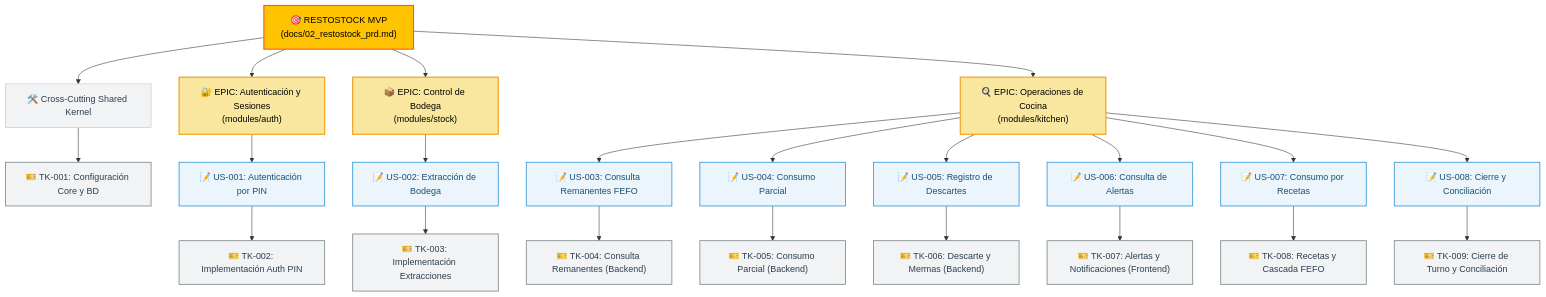
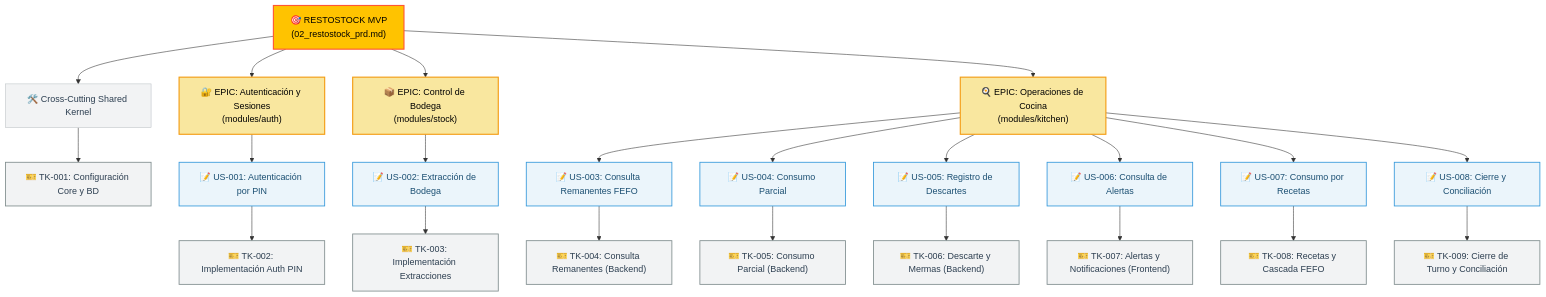
The diagram in docs/backlog_map.md (LIDR-academy/AI4Devs-finalproject), drawn with Mermaid before and after one commit. The commit also changed 23 other files, not shown here.

````diff
--- a/docs/backlog_map.md
+++ b/docs/backlog_map.md
@@ -9,74 +9,74 @@
 ```mermaid
 graph TD
     %% Nodos Principales (Roadmap & Epics)
-    Roadmap["🎯 RESTOSTOCK MVP<br/>(docs/02_restostock_prd.md)"]
+    Roadmap["🎯 RESTOSTOCK MVP<br/>(02_restostock_prd.md)"]
     
     EpicAuth["🔐 EPIC: Autenticación y Sesiones<br/>(modules/auth)"]
     EpicStock["📦 EPIC: Control de Bodega<br/>(modules/stock)"]
     EpicKitchen["🍳 EPIC: Operaciones de Cocina<br/>(modules/kitchen)"]
     EpicShared["🛠️ Cross-Cutting Shared Kernel"]
 
     %% Relaciones de Roadmap a Epics
     Roadmap --> EpicAuth
     Roadmap --> EpicStock
     Roadmap --> EpicKitchen
     Roadmap --> EpicShared
 
     %% Habilitador Técnico Base
     TK001["🎫 TK-001: Configuración Core y BD"]
     EpicShared --> TK001
 
     %% Epic Auth -> US -> TK
     US001["📝 US-001: Autenticación por PIN"]
     TK002["🎫 TK-002: Implementación Auth PIN"]
     EpicAuth --> US001
     US001 --> TK002
 
     %% Epic Stock -> US -> TK
     US002["📝 US-002: Extracción de Bodega"]
     TK003["🎫 TK-003: Implementación Extracciones"]
     EpicStock --> US002
     US002 --> TK003
 
     %% Epic Kitchen -> US -> TK
     US003["📝 US-003: Consulta Remanentes FEFO"]
     US004["📝 US-004: Consumo Parcial"]
     US005["📝 US-005: Registro de Descartes"]
     US006["📝 US-006: Consulta de Alertas"]
     US007["📝 US-007: Consumo por Recetas"]
     US008["📝 US-008: Cierre y Conciliación"]
 
     TK004["🎫 TK-004: Consulta Remanentes (Backend)"]
     TK005["🎫 TK-005: Consumo Parcial (Backend)"]
     TK006["🎫 TK-006: Descarte y Mermas (Backend)"]
     TK007["🎫 TK-007: Alertas y Notificaciones (Frontend)"]
     TK008["🎫 TK-008: Recetas y Cascada FEFO"]
     TK009["🎫 TK-009: Cierre de Turno y Conciliación"]
 
     EpicKitchen --> US003
     EpicKitchen --> US004
     EpicKitchen --> US005
     EpicKitchen --> US006
     EpicKitchen --> US007
     EpicKitchen --> US008
 
     US003 --> TK004
     US004 --> TK005
     US005 --> TK006
     US006 --> TK007
     US007 --> TK008
     US008 --> TK009
 
 
     %% Estilos de Diseño
     classDef default fill:#F2F3F4,stroke:#BDC3C7,stroke-width:1px,color:#2C3E50;
     classDef roadmap fill:#FFC300,stroke:#FF5733,stroke-width:2px,color:#000;
     classDef epic fill:#F9E79F,stroke:#F39C12,stroke-width:2px,color:#000;
     classDef us fill:#EBF5FB,stroke:#3498DB,stroke-width:1.5px,color:#1B4F72;
     classDef tk fill:#F2F3F4,stroke:#7F8C8D,stroke-width:1.5px,color:#2C3E50;
 
     class Roadmap roadmap;
     class EpicAuth,EpicStock,EpicKitchen epic;
     class US001,US002,US003,US004,US005,US006,US007,US008 us;
     class TK001,TK002,TK003,TK004,TK005,TK006,TK007,TK008,TK009 tk;
 ```
````
